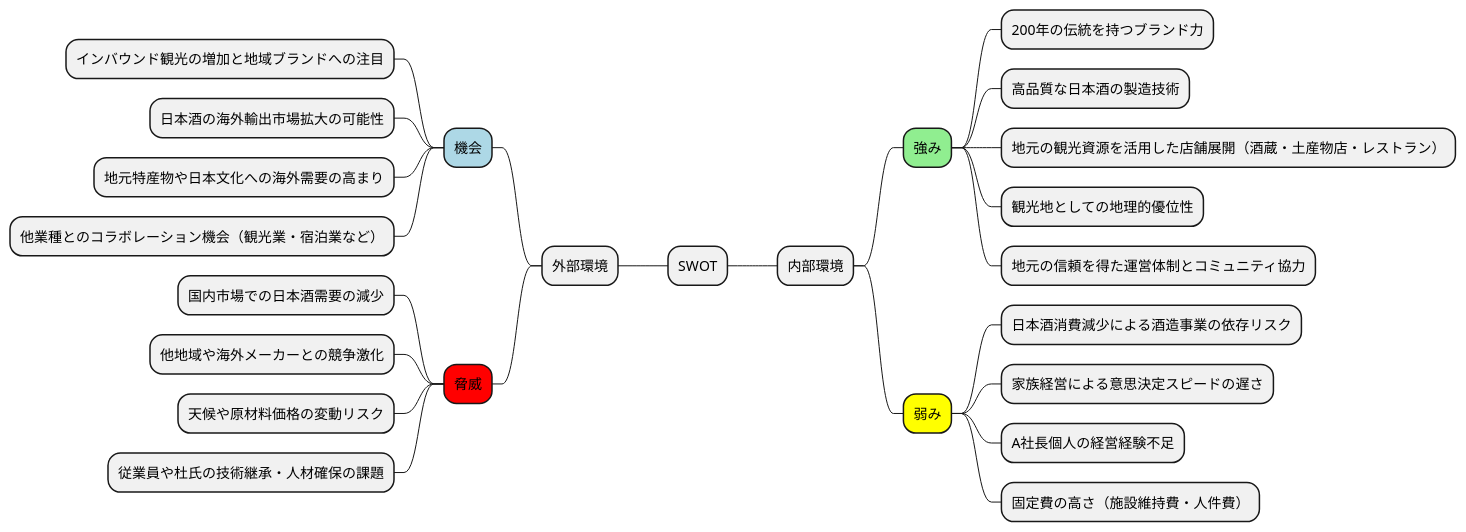
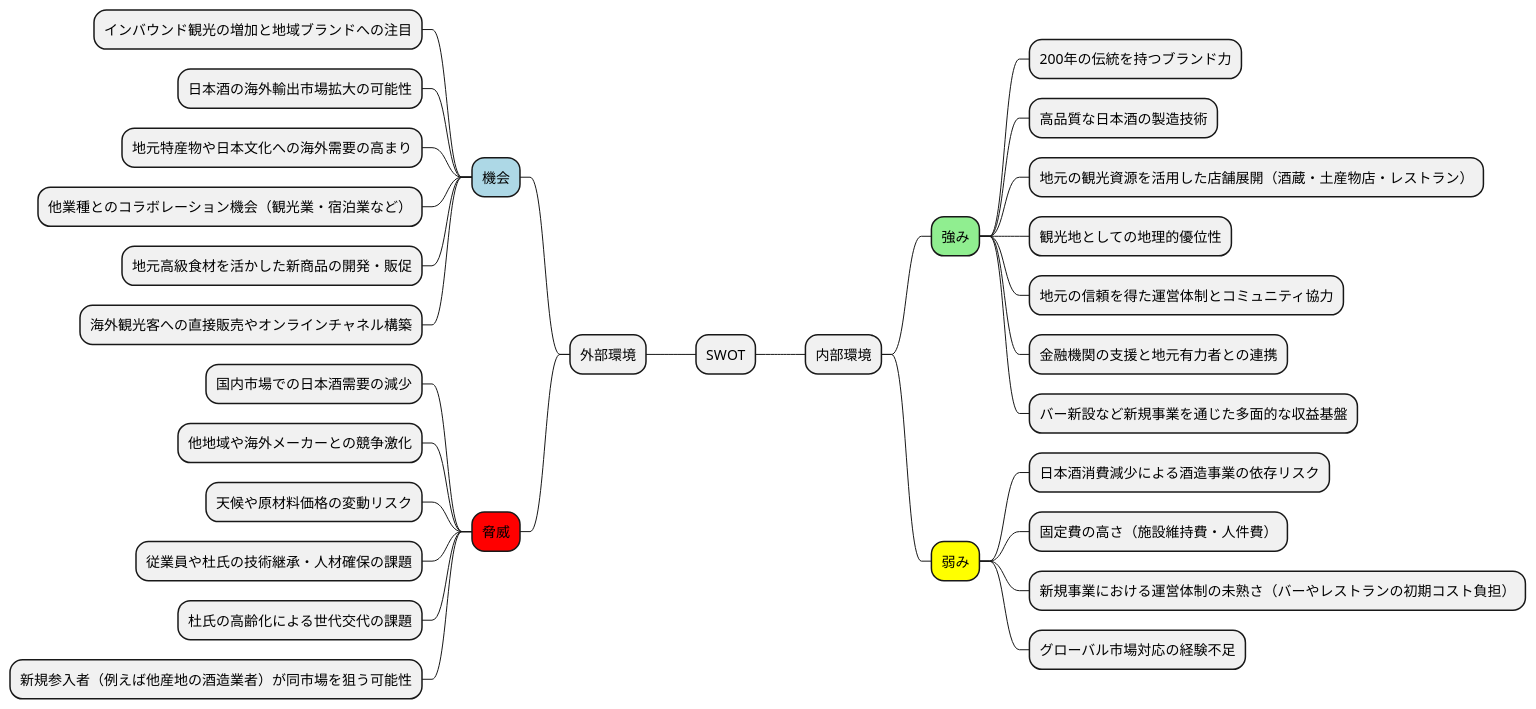
Before and after one commit to k2works/case-study-business-analysis: the third of 19 diagrams in docs/case/r02_case_1.adoc, drawn with PlantUML. The commit also changed other lines of this file, not shown here.

```diff
--- a/docs/case/r02_case_1.adoc
+++ b/docs/case/r02_case_1.adoc
@@ -124,32 +131,38 @@
 [plantuml]
 ----
 @startmindmap
 
 * SWOT
 ** 内部環境
 ***[#lightgreen] 強み
 **** 200年の伝統を持つブランド力
 **** 高品質な日本酒の製造技術
 **** 地元の観光資源を活用した店舗展開（酒蔵・土産物店・レストラン）
 **** 観光地としての地理的優位性
 **** 地元の信頼を得た運営体制とコミュニティ協力
+**** 金融機関の支援と地元有力者との連携
+**** バー新設など新規事業を通じた多面的な収益基盤
 ***[#yellow] 弱み
 **** 日本酒消費減少による酒造事業の依存リスク
-**** 家族経営による意思決定スピードの遅さ
-**** A社長個人の経営経験不足
 **** 固定費の高さ（施設維持費・人件費）
+**** 新規事業における運営体制の未熟さ（バーやレストランの初期コスト負担）
+**** グローバル市場対応の経験不足
 left side
 ** 外部環境
 ***[#lightblue] 機会
 **** インバウンド観光の増加と地域ブランドへの注目
 **** 日本酒の海外輸出市場拡大の可能性
 **** 地元特産物や日本文化への海外需要の高まり
 **** 他業種とのコラボレーション機会（観光業・宿泊業など）
+**** 地元高級食材を活かした新商品の開発・販促
+**** 海外観光客への直接販売やオンラインチャネル構築
 ***[#red] 脅威
 **** 国内市場での日本酒需要の減少
 **** 他地域や海外メーカーとの競争激化
 **** 天候や原材料価格の変動リスク
 **** 従業員や杜氏の技術継承・人材確保の課題
+**** 杜氏の高齢化による世代交代の課題
+**** 新規参入者（例えば他産地の酒造業者）が同市場を狙う可能性
 
 @endmindmap
 ----
```
